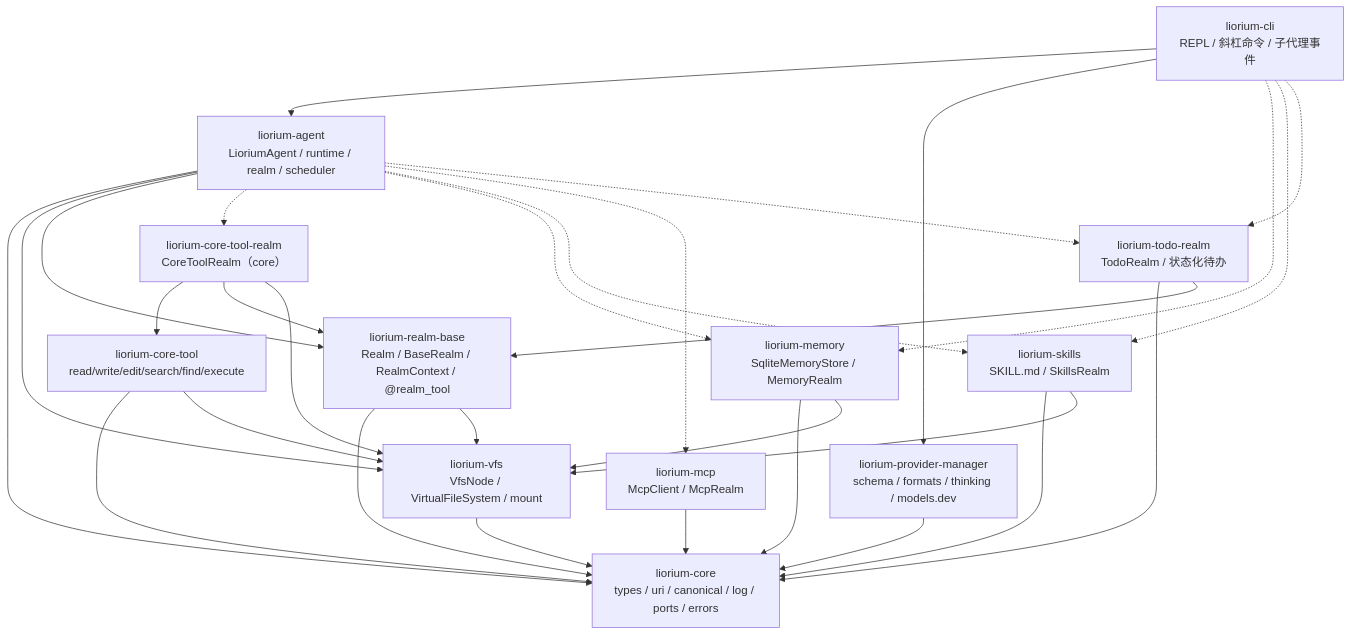
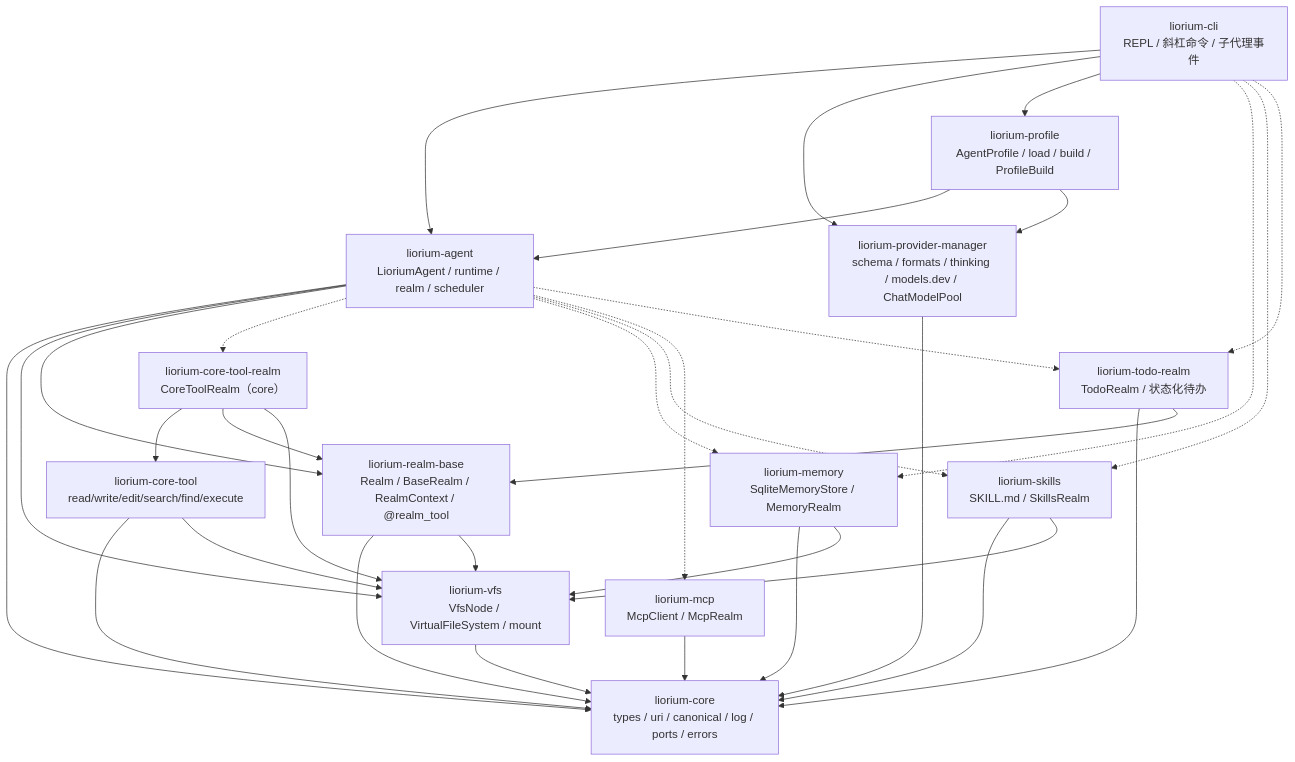
One commit to liwusen/liorium-framework changed the first of 5 diagrams in docs/ARCHITECTURE.md. Above: the diagram before and after it, drawn with Mermaid. The commit also changed other lines of this file and 126 other files, not shown here.

````diff
--- a/docs/ARCHITECTURE.md
+++ b/docs/ARCHITECTURE.md
@@ -8,45 +8,49 @@
 ```mermaid
 graph TD
     core["liorium-core<br/>types / uri / canonical / log / ports / errors"]
     vfs["liorium-vfs<br/>VfsNode / VirtualFileSystem / mount"]
     memory["liorium-memory<br/>SqliteMemoryStore / MemoryRealm"]
     skills["liorium-skills<br/>SKILL.md / SkillsRealm"]
     mcp["liorium-mcp<br/>McpClient / McpRealm"]
     todo["liorium-todo-realm<br/>TodoRealm / 状态化待办"]
     coretool["liorium-core-tool<br/>read/write/edit/search/find/execute"]
     coretoolrealm["liorium-core-tool-realm<br/>CoreToolRealm（core）"]
     realmbase["liorium-realm-base<br/>Realm / BaseRealm / RealmContext / @realm_tool"]
-    provider["liorium-provider-manager<br/>schema / formats / thinking / models.dev"]
+    provider["liorium-provider-manager<br/>schema / formats / thinking / models.dev / ChatModelPool"]
+    profile["liorium-profile<br/>AgentProfile / load / build / ProfileBuild"]
     agent["liorium-agent<br/>LioriumAgent / runtime / realm / scheduler"]
     cli["liorium-cli<br/>REPL / 斜杠命令 / 子代理事件"]
 
     vfs --> core
     memory --> core
     memory --> vfs
     skills --> core
     skills --> vfs
     mcp --> core
     todo --> core
     todo --> realmbase
     coretool --> core
     coretool --> vfs
     coretoolrealm --> coretool
     coretoolrealm --> realmbase
     coretoolrealm --> vfs
     provider --> core
     agent --> core
     agent --> vfs
     realmbase --> core
     realmbase --> vfs
     agent --> realmbase
     agent -.-> coretoolrealm
     agent -.-> memory
     agent -.-> skills
     agent -.-> mcp
     agent -.-> todo
+    profile --> agent
+    profile --> provider
     cli --> agent
     cli --> provider
+    cli --> profile
     cli -.-> memory
     cli -.-> skills
     cli -.-> todo
 ```
````
